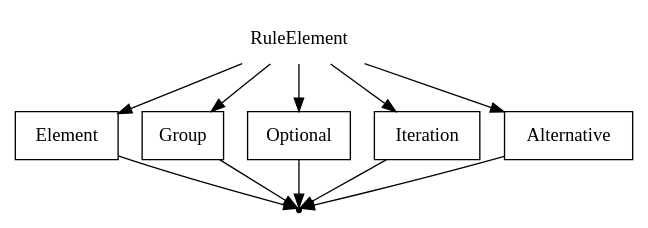
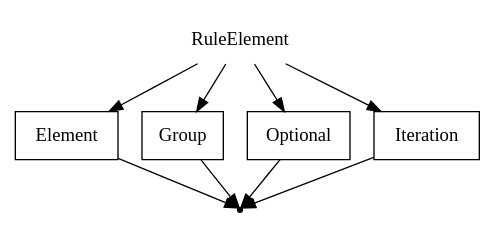
Before and after one commit to EgorGoluzin/DSL: the diagram in DSLTools/examples/rbnf/wirth/RuleElement.gv, drawn with Graphviz. The commit also changed 17 other files, not shown here.

```diff
--- a/DSLTools/examples/rbnf/wirth/RuleElement.gv
+++ b/DSLTools/examples/rbnf/wirth/RuleElement.gv
@@ -1,19 +1,16 @@
 digraph RuleElement {
     start [label = "RuleElement" shape = plaintext];
     end [label = "" shape = point];
     A [label = "Element" shape = box];
     B [label = "Group" shape = box];
     C [label = "Optional" shape = box];
     D [label = "Iteration" shape = box];
-    E [label = "Alternative" shape = box];
     start -> A;
     start -> B;
     start -> C;
     start -> D;
-    start -> E;
     A -> end;
     B -> end;
     C -> end;
     D -> end;
-    E -> end;
 }
```
